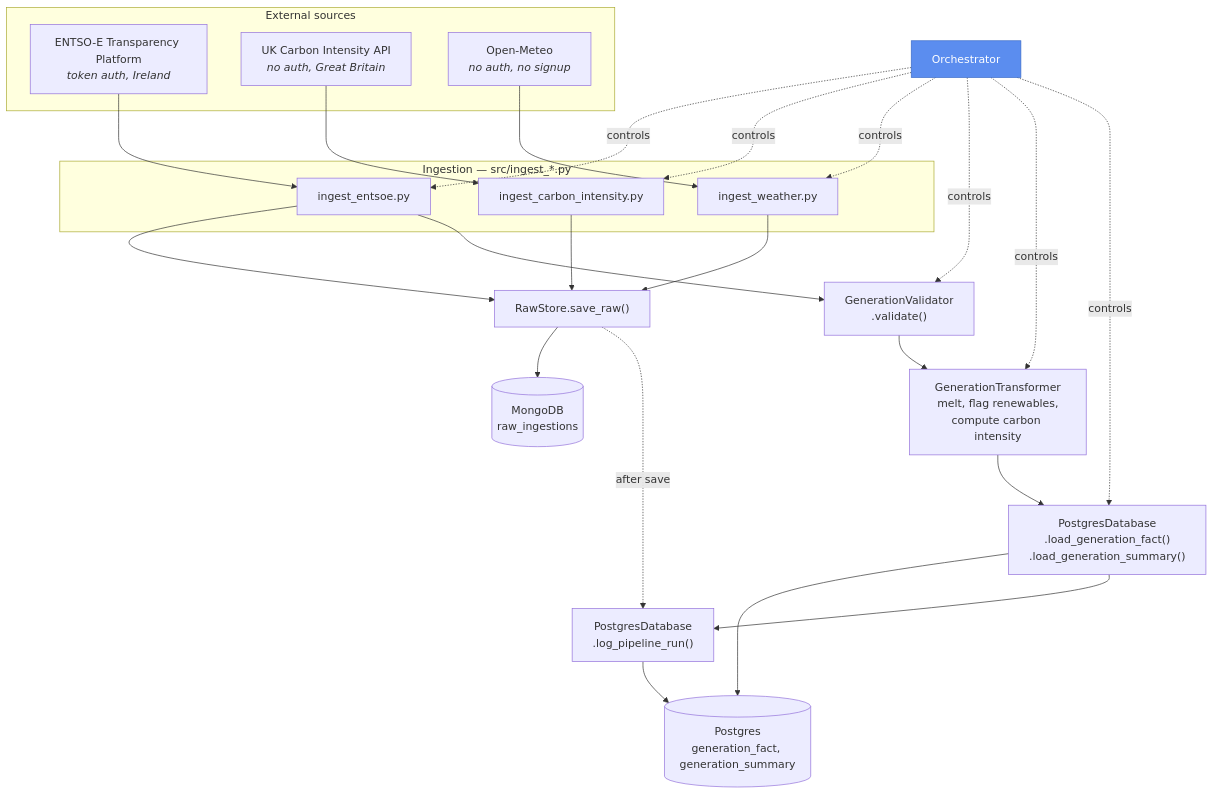
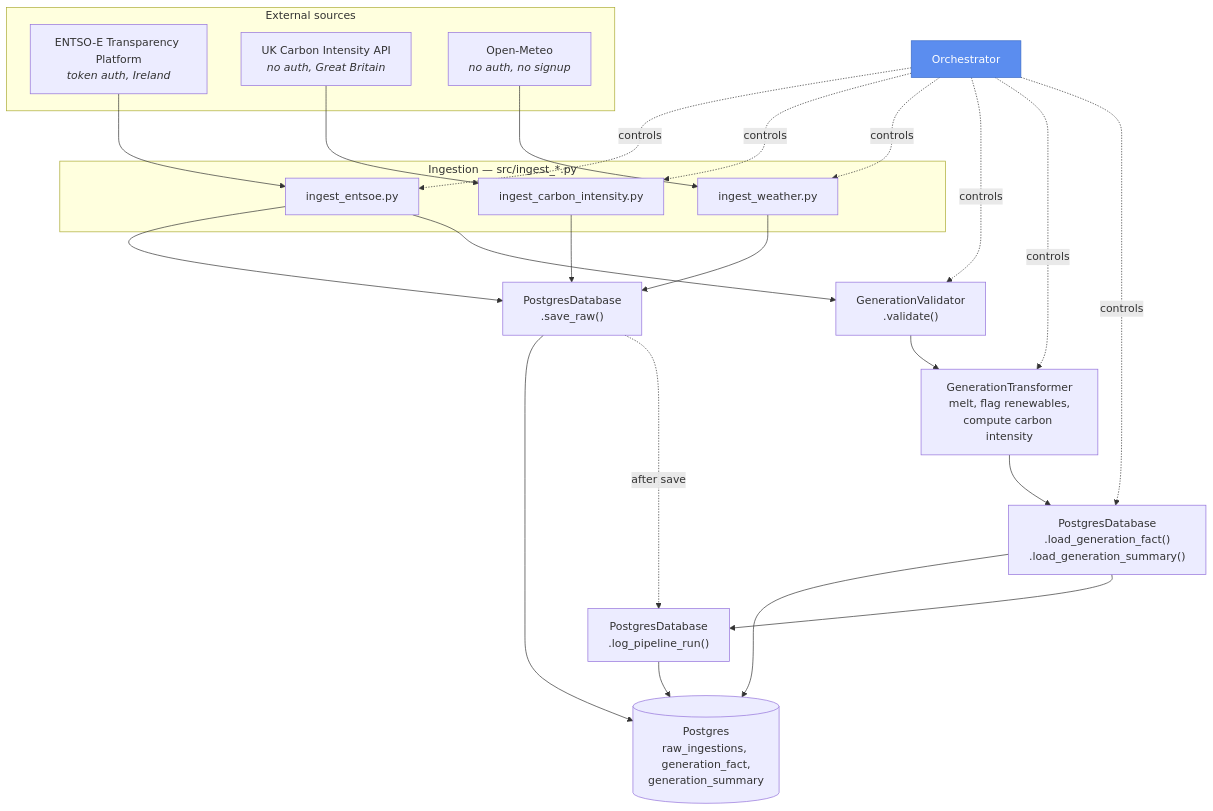
The third of 8 diagrams in docs/DIAGRAMS.md (squirke1/energy-data-pipeline), drawn with Mermaid before and after one commit. The commit also changed other lines of this file and 16 other files, not shown here.

````diff
--- a/docs/DIAGRAMS.md
+++ b/docs/DIAGRAMS.md
@@ -76,41 +74,41 @@
 ```mermaid
 flowchart TD
     subgraph ext["External sources"]
         ENTSOE["ENTSO-E Transparency Platform<br/><i>token auth, Ireland</i>"]
         CARBON["UK Carbon Intensity API<br/><i>no auth, Great Britain</i>"]
         METEO["Open-Meteo<br/><i>no auth, no signup</i>"]
     end
 
     subgraph ingest["Ingestion — src/ingest_*.py"]
         I_ENTSOE["ingest_entsoe.py"]
         I_CARBON["ingest_carbon_intensity.py"]
         I_WEATHER["ingest_weather.py"]
     end
 
     ENTSOE --> I_ENTSOE
     CARBON --> I_CARBON
     METEO --> I_WEATHER
 
-    I_ENTSOE --> RAWSTORE["RawStore.save_raw()"]
-    I_CARBON --> RAWSTORE
-    I_WEATHER --> RAWSTORE
-    RAWSTORE --> MONGO[("MongoDB<br/>raw_ingestions")]
+    I_ENTSOE --> RAWSAVE["PostgresDatabase<br/>.save_raw()"]
+    I_CARBON --> RAWSAVE
+    I_WEATHER --> RAWSAVE
+    RAWSAVE --> PG[("Postgres<br/>raw_ingestions, generation_fact,<br/>generation_summary")]
 
     I_ENTSOE --> VALIDATE["GenerationValidator<br/>.validate()"]
     VALIDATE --> TRANSFORM["GenerationTransformer<br/>melt, flag renewables,<br/>compute carbon intensity"]
     TRANSFORM --> LOAD["PostgresDatabase<br/>.load_generation_fact()<br/>.load_generation_summary()"]
 
-    LOAD --> PG[("Postgres<br/>generation_fact, generation_summary")]
+    LOAD --> PG
     LOAD --> RUNLOG["PostgresDatabase<br/>.log_pipeline_run()"]
-    RAWSTORE -.after save.-> RUNLOG
+    RAWSAVE -.after save.-> RUNLOG
     RUNLOG --> PG
 
     ORCH["Orchestrator"]:::orch -.controls.-> I_ENTSOE
     ORCH -.controls.-> I_CARBON
     ORCH -.controls.-> I_WEATHER
     ORCH -.controls.-> VALIDATE
     ORCH -.controls.-> TRANSFORM
     ORCH -.controls.-> LOAD
 
     classDef orch fill:#5b8def,color:#fff,stroke:#3a6bc7
 ```
````
